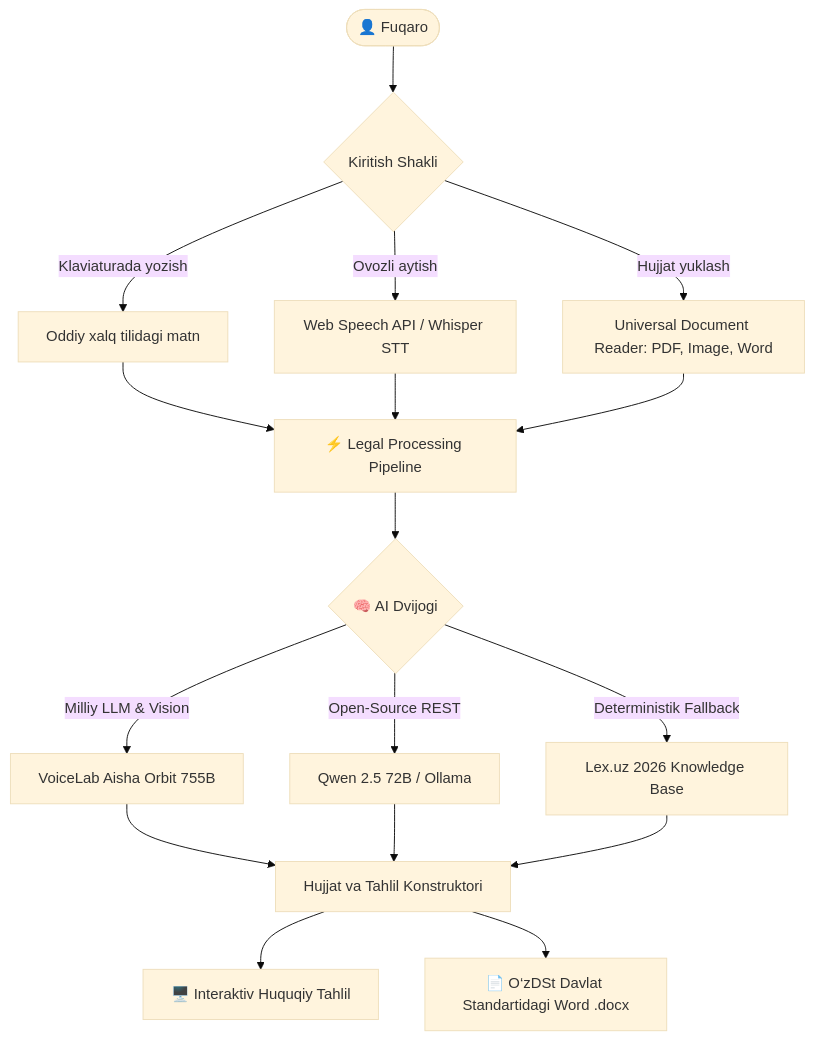
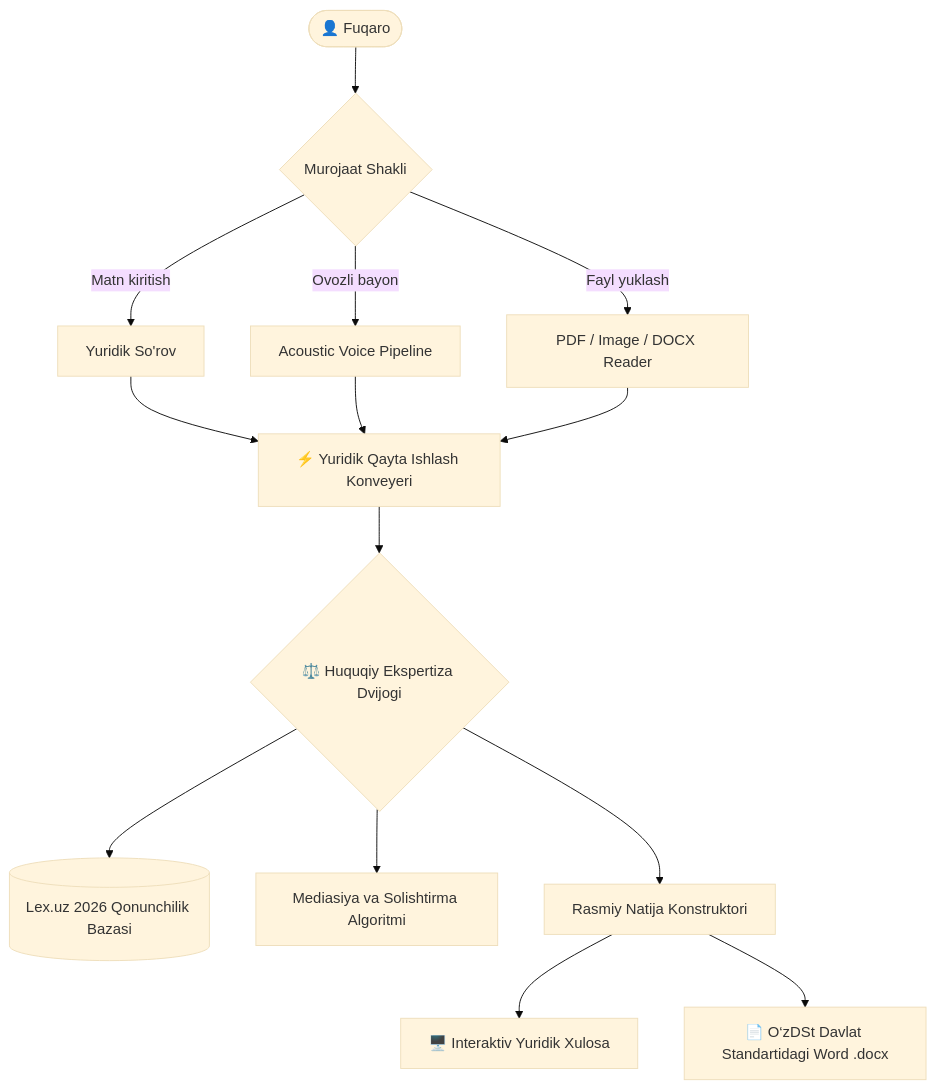
The diagram in README.md (mansur20051512/lexHakaton), drawn with Mermaid (base theme) before and after one commit. The commit also changed other lines of this file and 1 other file, not shown here.

````diff
--- a/README.md
+++ b/README.md
@@ -56,24 +55,21 @@
 ```mermaid
 flowchart TD
-    User([👤 Fuqaro]) --> Input{Kiritish Shakli}
+    User([👤 Fuqaro]) --> InputMode{Murojaat Shakli}
     
-    Input -->|Klaviaturada yozish| TextIn[Oddiy xalq tilidagi matn]
-    Input -->|Ovozli aytish| VoiceIn[Web Speech API / Whisper STT]
-    Input -->|Hujjat yuklash| DocIn[Universal Document Reader: PDF, Image, Word]
+    InputMode -->|Matn kiritish| TextParser[Yuridik So'rov]
+    InputMode -->|Ovozli bayon| AudioParser[Acoustic Voice Pipeline]
+    InputMode -->|Fayl yuklash| DocParser[PDF / Image / DOCX Reader]
     
-    TextIn --> LegalPipeline[⚡ Legal Processing Pipeline]
-    VoiceIn --> LegalPipeline
-    DocIn --> LegalPipeline
+    TextParser --> CorePipeline[⚡ Yuridik Qayta Ishlash Konveyeri]
+    AudioParser --> CorePipeline
+    DocParser --> CorePipeline
     
-    LegalPipeline --> AI_Engine{🧠 AI Dvijogi}
-    AI_Engine -->|Milliy LLM & Vision| VoiceLab[VoiceLab Aisha Orbit 755B]
-    AI_Engine -->|Open-Source REST| Qwen[Qwen 2.5 72B / Ollama]
-    AI_Engine -->|Deterministik Fallback| RuleEngine[Lex.uz 2026 Knowledge Base]
+    CorePipeline --> RuleEngine{⚖️ Huquqiy Ekspertiza Dvijogi}
+    RuleEngine --> LexDatabase[(Lex.uz 2026 Qonunchilik Bazasi)]
+    RuleEngine --> MediationLogic[Mediasiya va Solishtirma Algoritmi]
     
-    VoiceLab --> OutputGen[Hujjat va Tahlil Konstruktori]
-    Qwen --> OutputGen
-    RuleEngine --> OutputGen
+    RuleEngine --> OutputEngine[Rasmiy Natija Konstruktori]
     
-    OutputGen --> AnalysisUI[🖥️ Interaktiv Huquqiy Tahlil]
-    OutputGen --> DocxExport[📄 O‘zDSt Davlat Standartidagi Word .docx]
+    OutputEngine --> ViewUI[🖥️ Interaktiv Yuridik Xulosa]
+    OutputEngine --> DocxGen[📄 O‘zDSt Davlat Standartidagi Word .docx]
 ```
````
